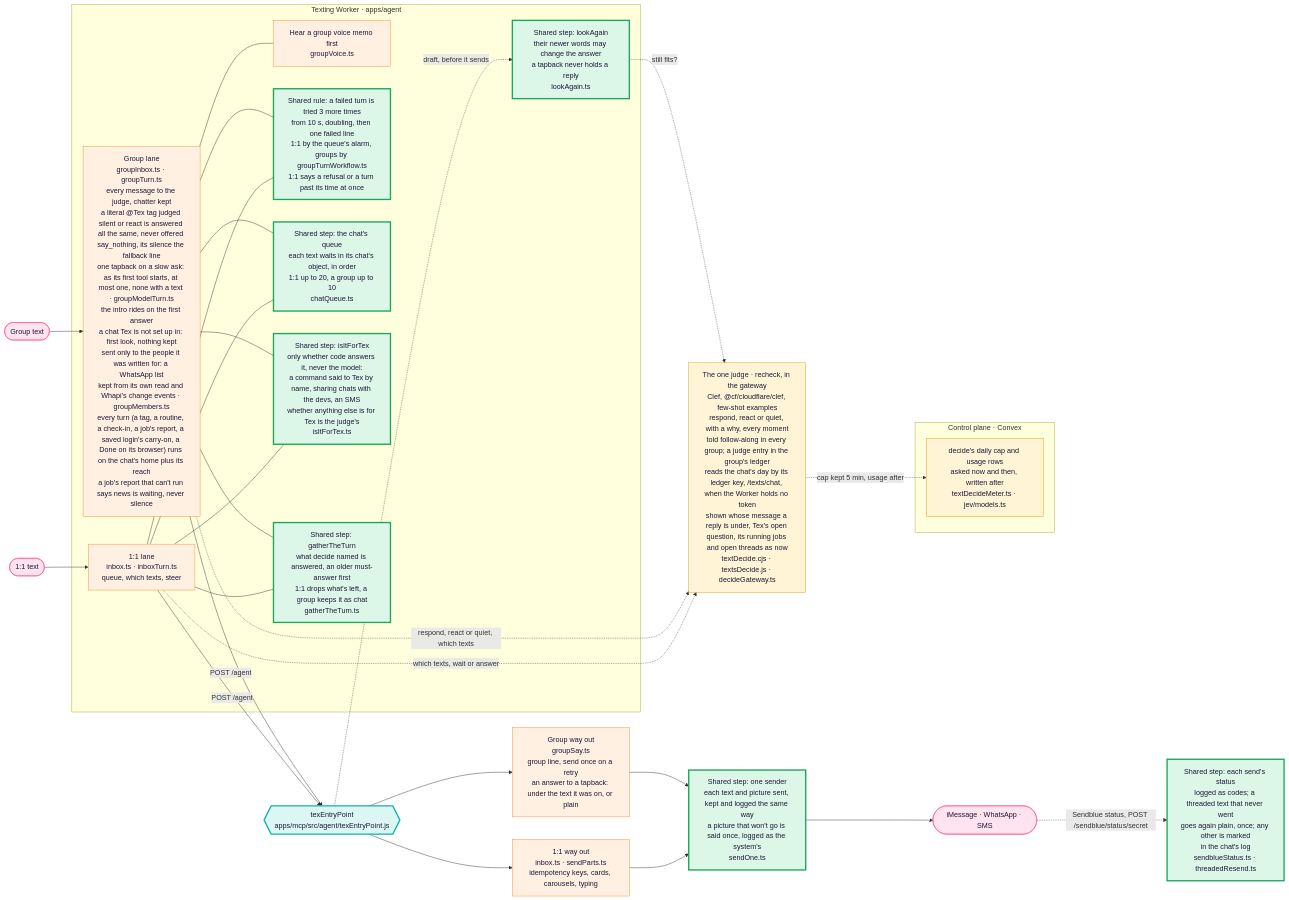
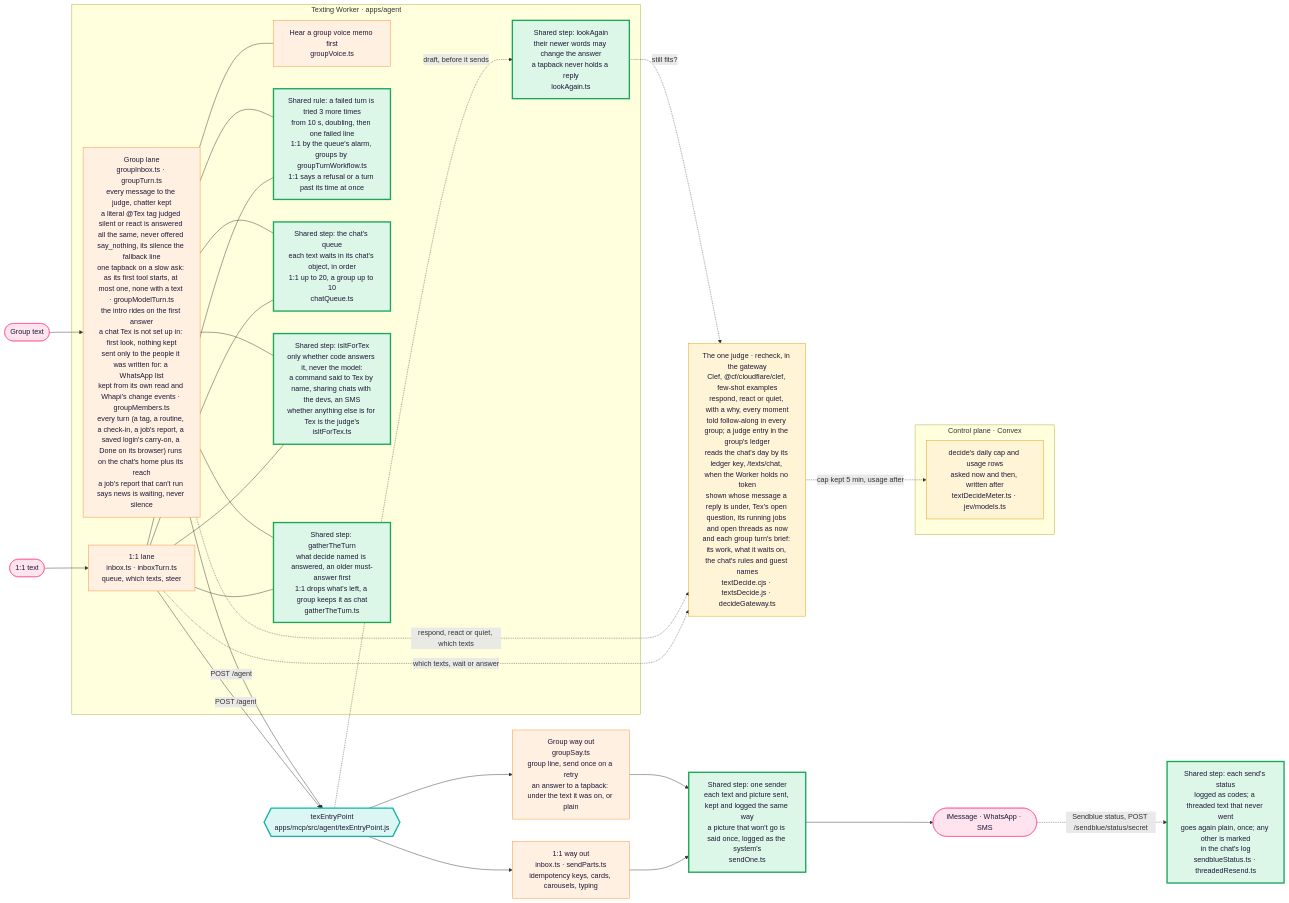
One commit to Supa-Media/context changed the first of 3 diagrams in docs/architecture/tex.md. Above: the diagram before and after it, drawn with Mermaid. The commit also changed other lines of this file and 12 other files, not shown here.

First line of the commit message:
Tex judge: read each group turn's brief (its work, waits and the chat's rules)

````diff
--- a/docs/architecture/tex.md
+++ b/docs/architecture/tex.md
@@ -22,47 +22,47 @@
 ```mermaid
 flowchart LR
   P1([1:1 text]):::you --> W1
   P2([Group text]):::you --> W2
   subgraph Worker["Texting Worker · apps/agent"]
     W1["1:1 lane<br/>inbox.ts · inboxTurn.ts<br/>queue, which texts, steer"]:::pipe
     W2["Group lane<br/>groupInbox.ts · groupTurn.ts<br/>every message to the judge, chatter kept<br/>a literal @Tex tag judged silent or react is answered all the same, never offered say_nothing, its silence the fallback line<br/>one tapback on a slow ask: as its first tool starts, at most one, none with a text · groupModelTurn.ts<br/>the intro rides on the first answer<br/>a chat Tex is not set up in: first look, nothing kept<br/>sent only to the people it was written for: a WhatsApp list<br/>kept from its own read and Whapi's change events · groupMembers.ts<br/>every turn (a tag, a routine, a check-in, a job's report, a saved login's carry-on, a Done on its browser) runs on the chat's home plus its reach<br/>a job's report that can't run says news is waiting, never silence"]:::pipe
     H["Hear a group voice memo first<br/>groupVoice.ts"]:::pipe
     W2 --- H
     LA["Shared step: lookAgain<br/>their newer words may change the answer<br/>a tapback never holds a reply<br/>lookAgain.ts"]:::shared
     RT["Shared rule: a failed turn is tried 3 more times<br/>from 10 s, doubling, then one failed line<br/>1:1 by the queue's alarm, groups by groupTurnWorkflow.ts<br/>1:1 says a refusal or a turn past its time at once"]:::shared
     W1 --- RT
     W2 --- RT
     Q["Shared step: the chat's queue<br/>each text waits in its chat's object, in order<br/>1:1 up to 20, a group up to 10<br/>chatQueue.ts"]:::shared
     W1 --- Q
     W2 --- Q
     FT["Shared step: isItForTex<br/>only whether code answers it, never the model:<br/>a command said to Tex by name, sharing chats with the devs, an SMS<br/>whether anything else is for Tex is the judge's<br/>isItForTex.ts"]:::shared
     W1 --- FT
     W2 --- FT
     GT["Shared step: gatherTheTurn<br/>what decide named is answered, an older must-answer first<br/>1:1 drops what's left, a group keeps it as chat<br/>gatherTheTurn.ts"]:::shared
     W1 --- GT
     W2 --- GT
   end
-  D["The one judge · recheck, in the gateway<br/>Clef, @cf/cloudflare/clef, few-shot examples<br/>respond, react or quiet, with a why, every moment<br/>told follow-along in every group; a judge entry in the group's ledger<br/>reads the chat's day by its ledger key, /texts/chat, when the Worker holds no token<br/>shown whose message a reply is under, Tex's open question, its running jobs and open threads as now<br/>textDecide.cjs · textsDecide.js · decideGateway.ts"]:::judge
+  D["The one judge · recheck, in the gateway<br/>Clef, @cf/cloudflare/clef, few-shot examples<br/>respond, react or quiet, with a why, every moment<br/>told follow-along in every group; a judge entry in the group's ledger<br/>reads the chat's day by its ledger key, /texts/chat, when the Worker holds no token<br/>shown whose message a reply is under, Tex's open question, its running jobs and open threads as now<br/>and each group turn's brief: its work, what it waits on, the chat's rules and guest names<br/>textDecide.cjs · textsDecide.js · decideGateway.ts"]:::judge
   subgraph Control["Control plane · Convex"]
     CAP["decide's daily cap and usage rows<br/>asked now and then, written after<br/>textDecideMeter.ts · jev/models.ts"]:::judge
   end
   D -. cap kept 5 min, usage after .-> CAP
   W1 -. which texts, wait or answer .-> D
   W2 -. respond, react or quiet, which texts .-> D
   E -. draft, before it sends .-> LA
   LA -. still fits? .-> D
   W1 -->|POST /agent| E
   W2 -->|POST /agent| E
   E{{"texEntryPoint<br/>apps/mcp/src/agent/texEntryPoint.js"}}:::door
   E --> S1["1:1 way out<br/>inbox.ts · sendParts.ts<br/>idempotency keys, cards, carousels, typing"]:::pipe
   E --> S2["Group way out<br/>groupSay.ts<br/>group line, send once on a retry<br/>an answer to a tapback: under the text it was on, or plain"]:::pipe
   S1 --> SO["Shared step: one sender<br/>each text and picture sent, kept and logged the same way<br/>a picture that won't go is said once, logged as the system's<br/>sendOne.ts"]:::shared
   S2 --> SO
   SO --> Out([iMessage · WhatsApp · SMS]):::you
   Out -. "Sendblue status, POST /sendblue/status/secret" .-> ST["Shared step: each send's status<br/>logged as codes; a threaded text that never went<br/>goes again plain, once; any other is marked<br/>in the chat's log<br/>sendblueStatus.ts · threadedResend.ts"]:::shared
   classDef you fill:#ffe3ee,stroke:#ff4f8b,color:#1d1838
   classDef pipe fill:#fff0e2,stroke:#ff8a2a,color:#1d1838
   classDef door fill:#dcf7f3,stroke:#11b5a4,stroke-width:3px,color:#1d1838
   classDef judge fill:#fff5d6,stroke:#e09a00,color:#1d1838
   classDef shared fill:#dcf6e7,stroke:#19a75a,stroke-width:3px,color:#1d1838
 ```
````
